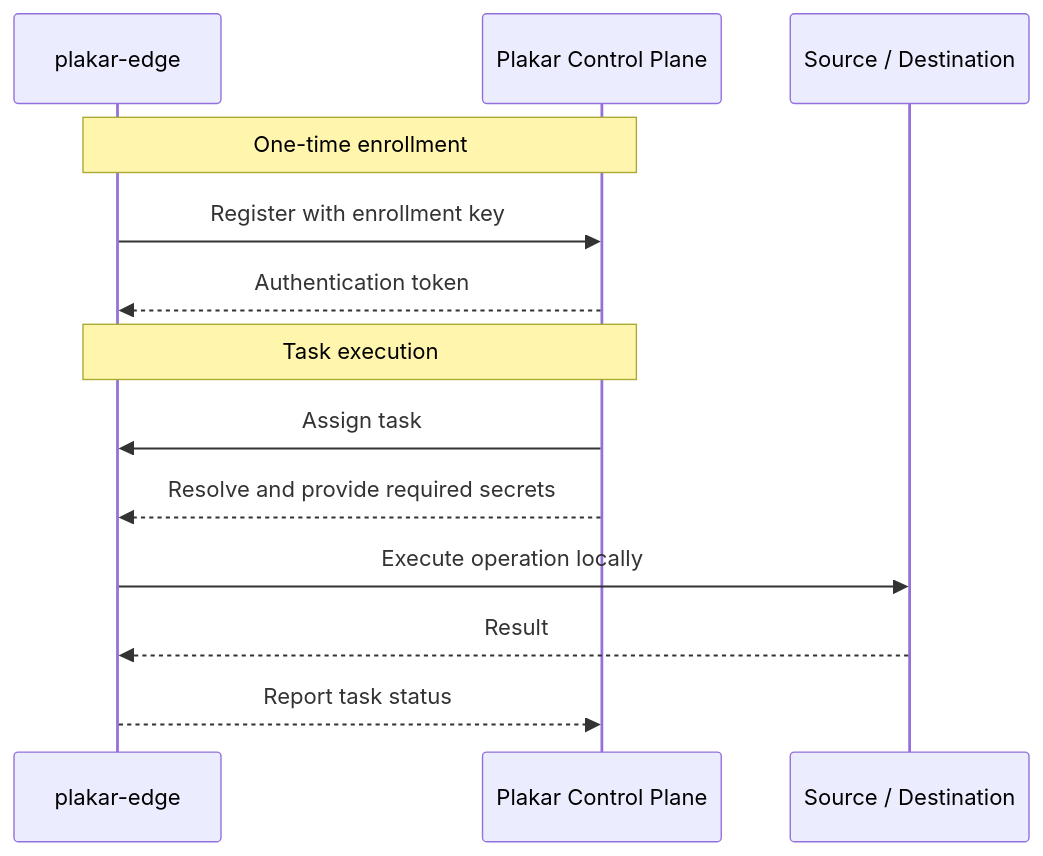
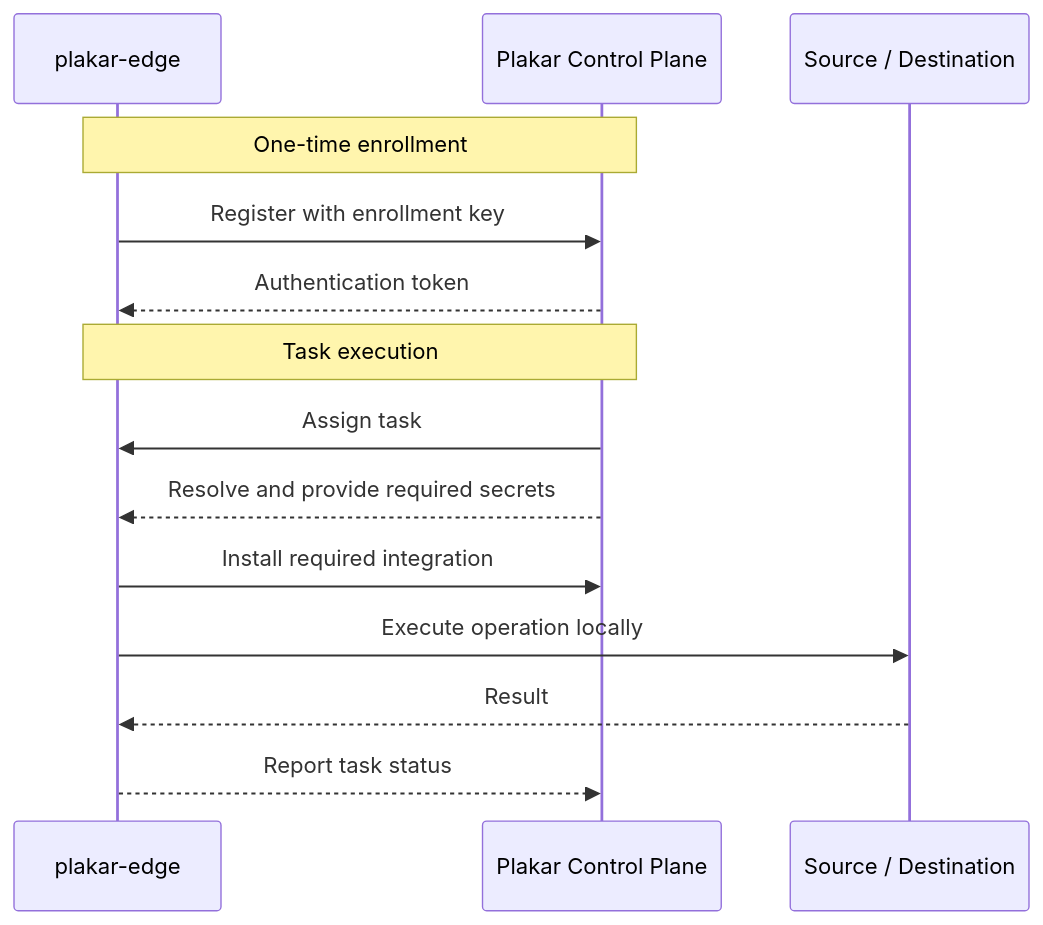
The second of 2 diagrams in content/docs/control-plane/infrastructure/edges.md (PlakarKorp/plakar.io), drawn with Mermaid before and after one commit. The commit also changed other lines of this file, not shown here.

Commit message:
clarify edges fetch required integrations from pcp

```diff
--- a/content/docs/control-plane/infrastructure/edges.md
+++ b/content/docs/control-plane/infrastructure/edges.md
@@ -114,17 +119,18 @@
 {{< mermaid >}}
 sequenceDiagram
   participant Edge as plakar-edge
   participant PCP as Plakar Control Plane
   participant Target as Source / Destination
 
   Note over Edge,PCP: One-time enrollment
   Edge->>PCP: Register with enrollment key
   PCP-->>Edge: Authentication token
 
   Note over Edge,PCP: Task execution
   PCP->>Edge: Assign task
   PCP-->>Edge: Resolve and provide required secrets
+  Edge->>PCP: Install required integration
   Edge->>Target: Execute operation locally
   Target-->>Edge: Result
   Edge-->>PCP: Report task status
 {{< /mermaid >}}
```
